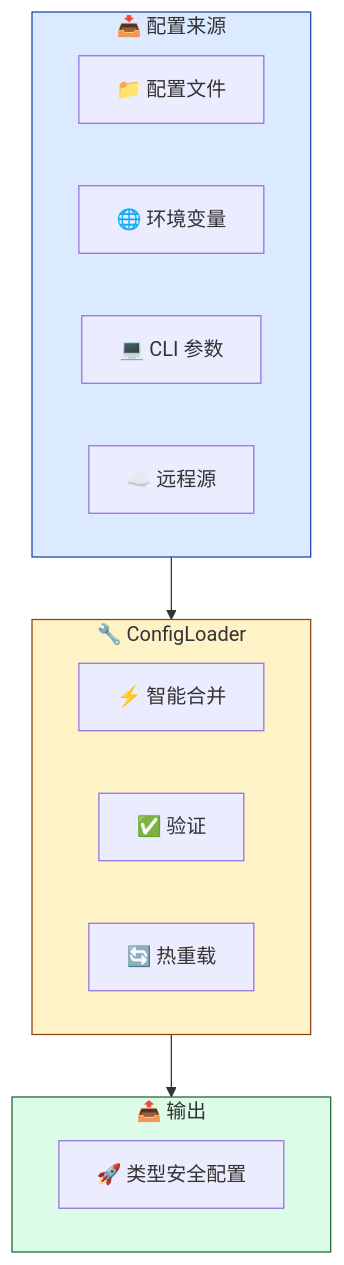
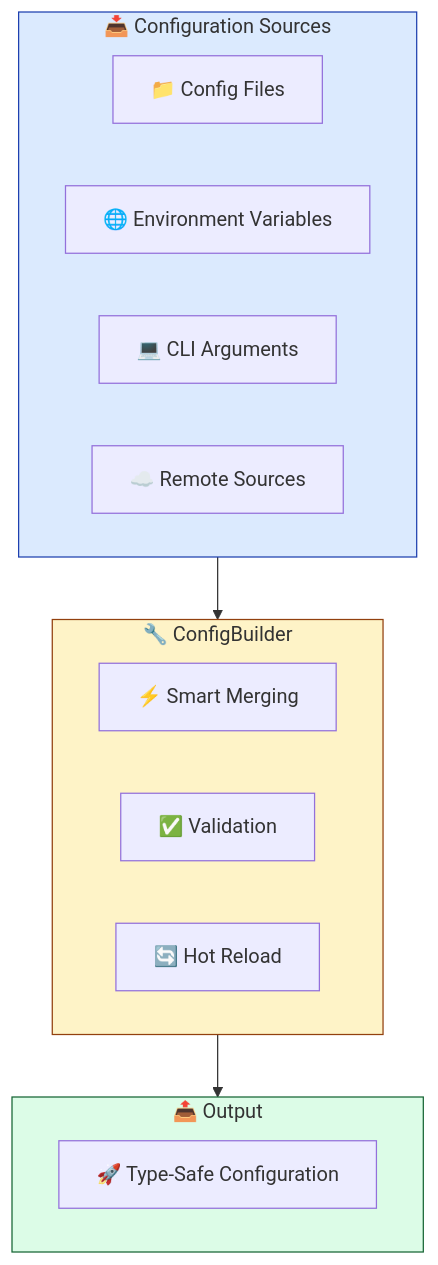
The first of 3 diagrams in docs/API_REFERENCE.md (Kirky-X/confers), drawn with Mermaid before and after one commit. The commit also changed other lines of this file and 6 other files, not shown here.

````diff
--- a/docs/API_REFERENCE.md
+++ b/docs/API_REFERENCE.md
@@ -145,26 +147,26 @@
 ```mermaid
 graph TB
-    subgraph Sources ["📥 配置来源"]
-        A[📁 配置文件]
-        B[🌐 环境变量]
-        C[💻 CLI 参数]
-        D[☁️ 远程源]
+    subgraph Sources ["📥 Configuration Sources"]
+        A[📁 Config Files]
+        B[🌐 Environment Variables]
+        C[💻 CLI Arguments]
+        D[☁️ Remote Sources]
     end
     
-    subgraph Loader ["🔧 ConfigLoader"]
-        E[⚡ 智能合并]
-        F[✅ 验证]
-        G[🔄 热重载]
+    subgraph Loader ["🔧 ConfigBuilder"]
+        E[⚡ Smart Merging]
+        F[✅ Validation]
+        G[🔄 Hot Reload]
     end
     
-    subgraph Output ["📤 输出"]
-        H[🚀 类型安全配置]
+    subgraph Output ["📤 Output"]
+        H[🚀 Type-Safe Configuration]
     end
     
     Sources --> Loader
     Loader --> Output
     
     style Sources fill:#DBEAFE,stroke:#1E40AF
     style Loader fill:#FEF3C7,stroke:#92400E
     style Output fill:#DCFCE7,stroke:#166534
 ```
````
